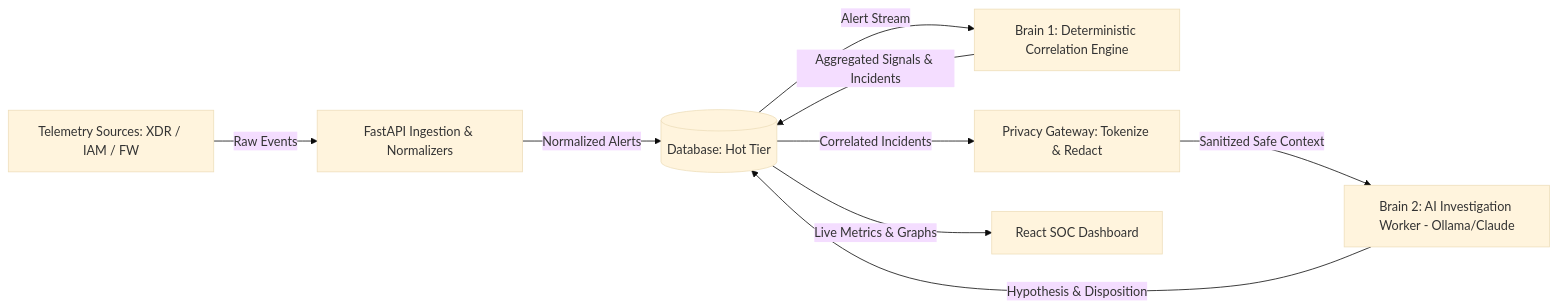
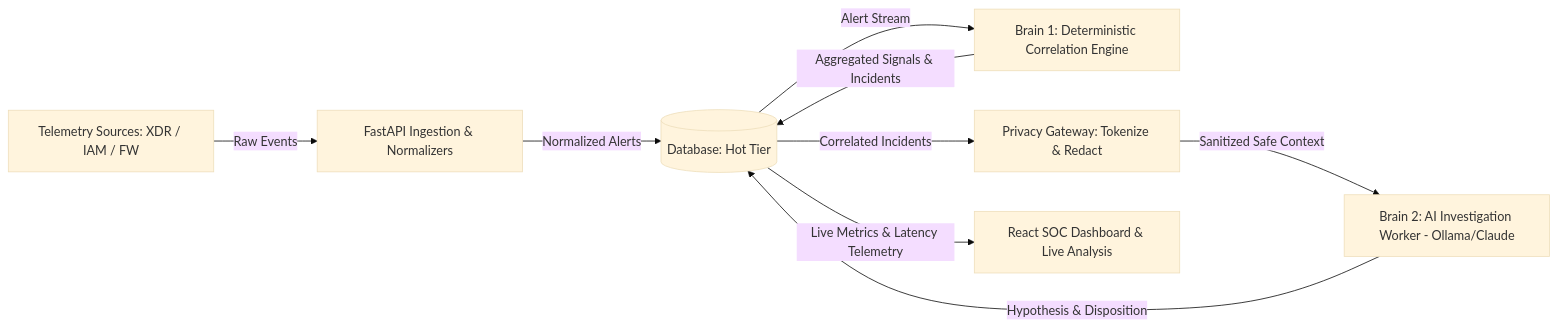
The diagram in JUDGING_REPORT.md (Ashlesh59/SentinalOps), drawn with Mermaid (base theme) before and after one commit. The commit also changed other lines of this file and 1 other file, not shown here.

Commit message:
docs: update README.md and JUDGING_REPORT.md with LiveAnalysis pipeline metrics and scoring

````diff
--- a/JUDGING_REPORT.md
+++ b/JUDGING_REPORT.md
@@ -20,11 +21,11 @@
 ```mermaid
 flowchart LR
     A[Telemetry Sources: XDR / IAM / FW] -->|Raw Events| B[FastAPI Ingestion & Normalizers]
     B -->|Normalized Alerts| C[(Database: Hot Tier)]
     C -->|Alert Stream| D[Brain 1: Deterministic Correlation Engine]
     D -->|Aggregated Signals & Incidents| C
     C -->|Correlated Incidents| E[Privacy Gateway: Tokenize & Redact]
     E -->|Sanitized Safe Context| F[Brain 2: AI Investigation Worker - Ollama/Claude]
     F -->|Hypothesis & Disposition| C
-    C -->|Live Metrics & Graphs| G[React SOC Dashboard]
+    C -->|Live Metrics & Latency Telemetry| G[React SOC Dashboard & Live Analysis]
 ```
````
